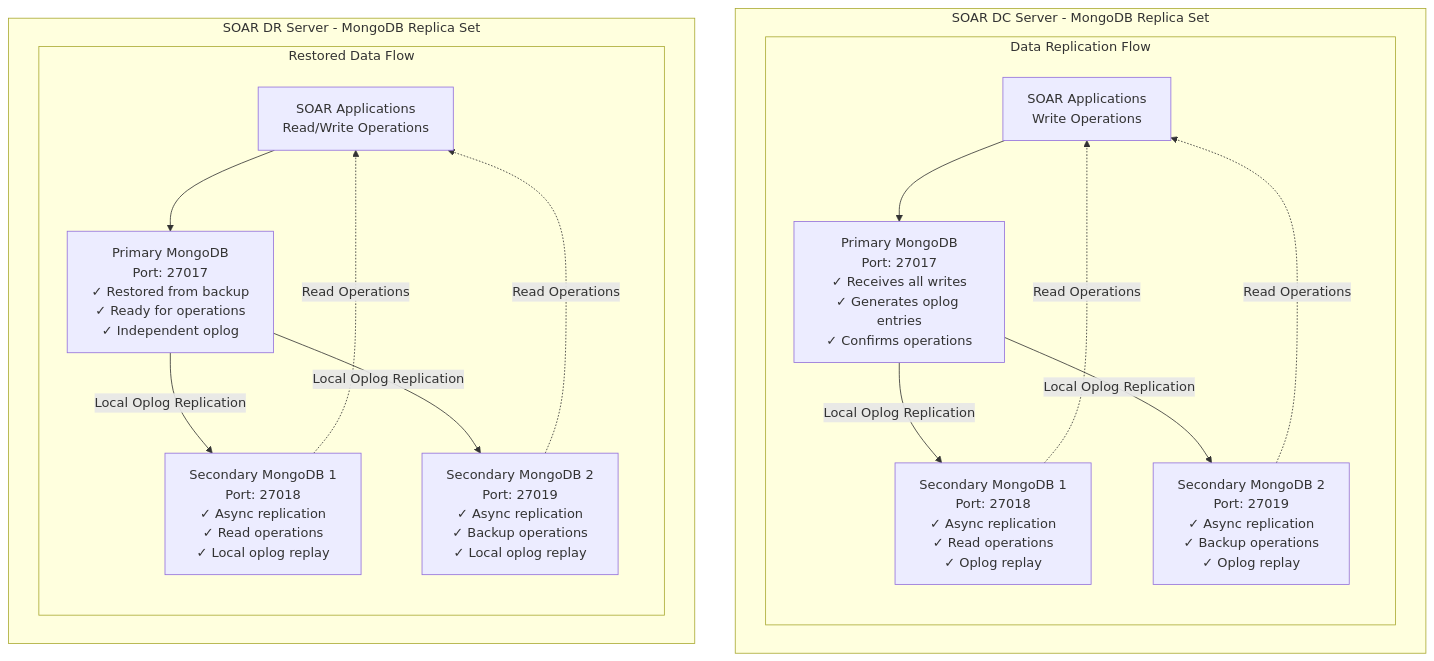
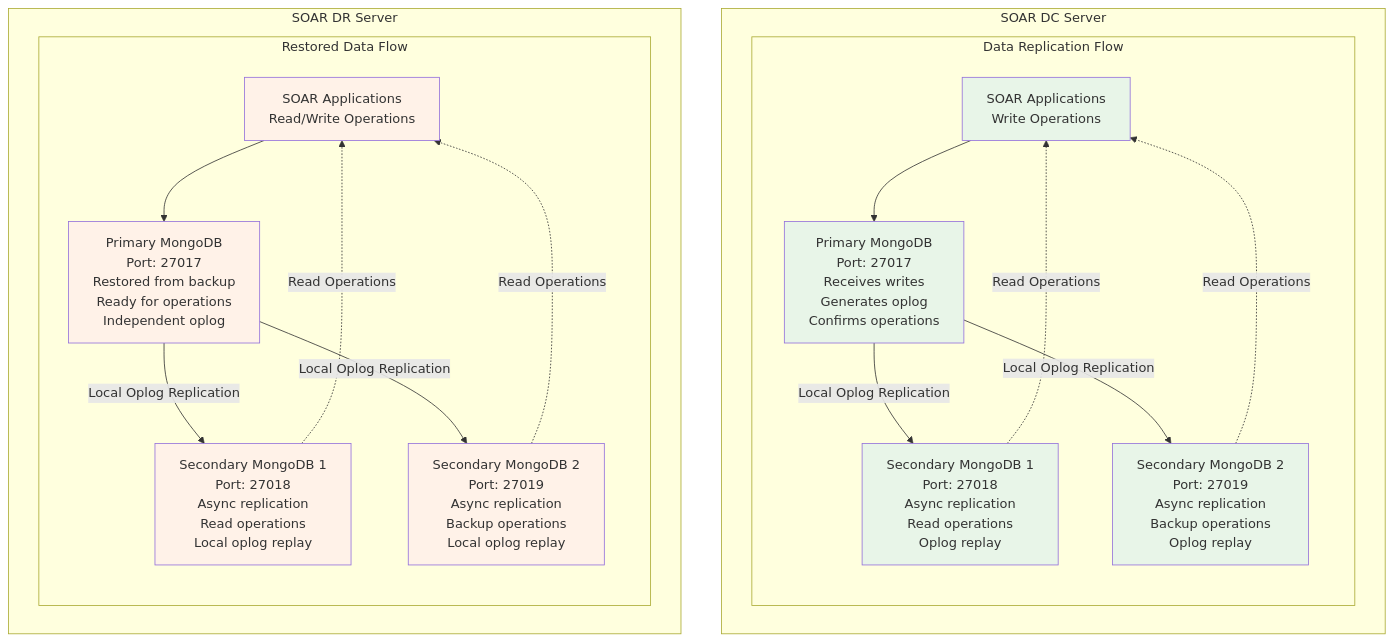
Before and after one commit to Vishwa0220/customers-docs: the seventh of 8 diagrams in HA_DR_Architecture_Documentation.md, drawn with Mermaid. The commit also changed other lines of this file, not shown here.

````diff
--- a/HA_DR_Architecture_Documentation.md
+++ b/HA_DR_Architecture_Documentation.md
@@ -439,38 +455,45 @@
 ```mermaid
 graph TB
-    subgraph "SOAR DC Server - MongoDB Replica Set"
+    subgraph "SOAR DC Server"
         subgraph "Data Replication Flow"
             CLIENT_DC[SOAR Applications<br/>Write Operations]
-            PRIMARY_DC[Primary MongoDB<br/>Port: 27017<br/>✓ Receives all writes<br/>✓ Generates oplog entries<br/>✓ Confirms operations]
+            PRIMARY_DC[Primary MongoDB<br/>Port: 27017<br/>Receives writes<br/>Generates oplog<br/>Confirms operations]
             
-            SECONDARY1_DC[Secondary MongoDB 1<br/>Port: 27018<br/>✓ Async replication<br/>✓ Read operations<br/>✓ Oplog replay]
+            SECONDARY1_DC[Secondary MongoDB 1<br/>Port: 27018<br/>Async replication<br/>Read operations<br/>Oplog replay]
             
-            SECONDARY2_DC[Secondary MongoDB 2<br/>Port: 27019<br/>✓ Async replication<br/>✓ Backup operations<br/>✓ Oplog replay]
+            SECONDARY2_DC[Secondary MongoDB 2<br/>Port: 27019<br/>Async replication<br/>Backup operations<br/>Oplog replay]
         end
     end
     
-    subgraph "SOAR DR Server - MongoDB Replica Set"
+    subgraph "SOAR DR Server"
         subgraph "Restored Data Flow"
             CLIENT_DR[SOAR Applications<br/>Read/Write Operations]
-            PRIMARY_DR[Primary MongoDB<br/>Port: 27017<br/>✓ Restored from backup<br/>✓ Ready for operations<br/>✓ Independent oplog]
+            PRIMARY_DR[Primary MongoDB<br/>Port: 27017<br/>Restored from backup<br/>Ready for operations<br/>Independent oplog]
             
-            SECONDARY1_DR[Secondary MongoDB 1<br/>Port: 27018<br/>✓ Async replication<br/>✓ Read operations<br/>✓ Local oplog replay]
+            SECONDARY1_DR[Secondary MongoDB 1<br/>Port: 27018<br/>Async replication<br/>Read operations<br/>Local oplog replay]
             
-            SECONDARY2_DR[Secondary MongoDB 2<br/>Port: 27019<br/>✓ Async replication<br/>✓ Backup operations<br/>✓ Local oplog replay]
+            SECONDARY2_DR[Secondary MongoDB 2<br/>Port: 27019<br/>Async replication<br/>Backup operations<br/>Local oplog replay]
         end
     end
     
     CLIENT_DC --> PRIMARY_DC
     PRIMARY_DC -->|Local Oplog Replication| SECONDARY1_DC
     PRIMARY_DC -->|Local Oplog Replication| SECONDARY2_DC
     
     CLIENT_DR --> PRIMARY_DR
     PRIMARY_DR -->|Local Oplog Replication| SECONDARY1_DR
     PRIMARY_DR -->|Local Oplog Replication| SECONDARY2_DR
     
     SECONDARY1_DC -.->|Read Operations| CLIENT_DC
     SECONDARY2_DC -.->|Read Operations| CLIENT_DC
     
     SECONDARY1_DR -.->|Read Operations| CLIENT_DR
     SECONDARY2_DR -.->|Read Operations| CLIENT_DR
+    
+    %% Styling
+    classDef dcSite fill:#e8f5e8
+    classDef drSite fill:#fff2e8
+    
+    class CLIENT_DC,PRIMARY_DC,SECONDARY1_DC,SECONDARY2_DC dcSite
+    class CLIENT_DR,PRIMARY_DR,SECONDARY1_DR,SECONDARY2_DR drSite
 ```
````
